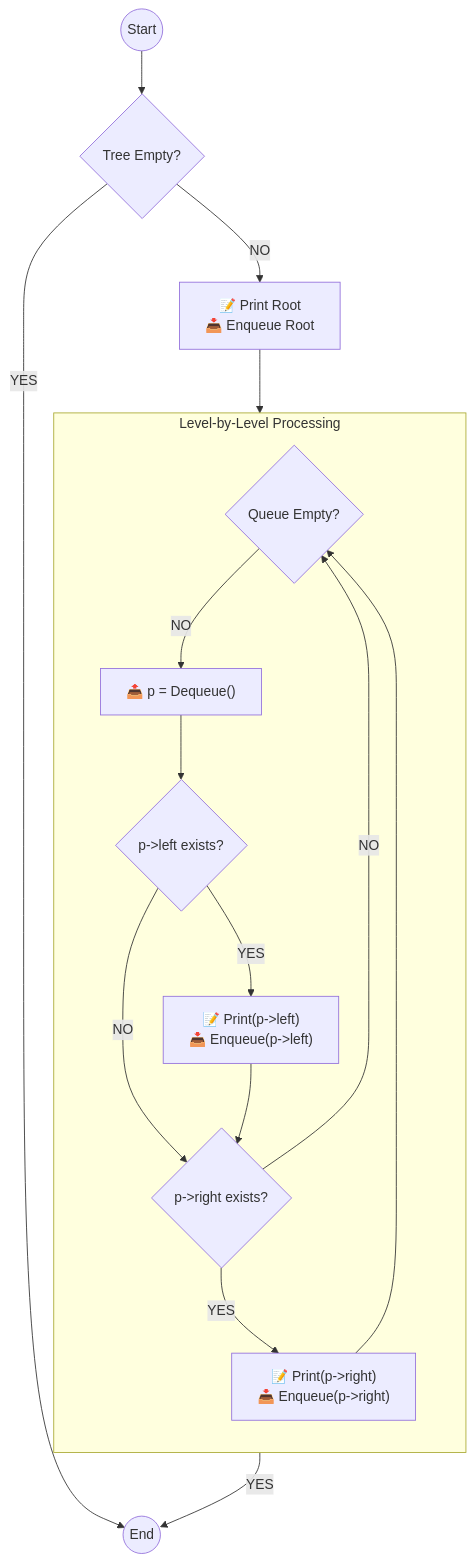
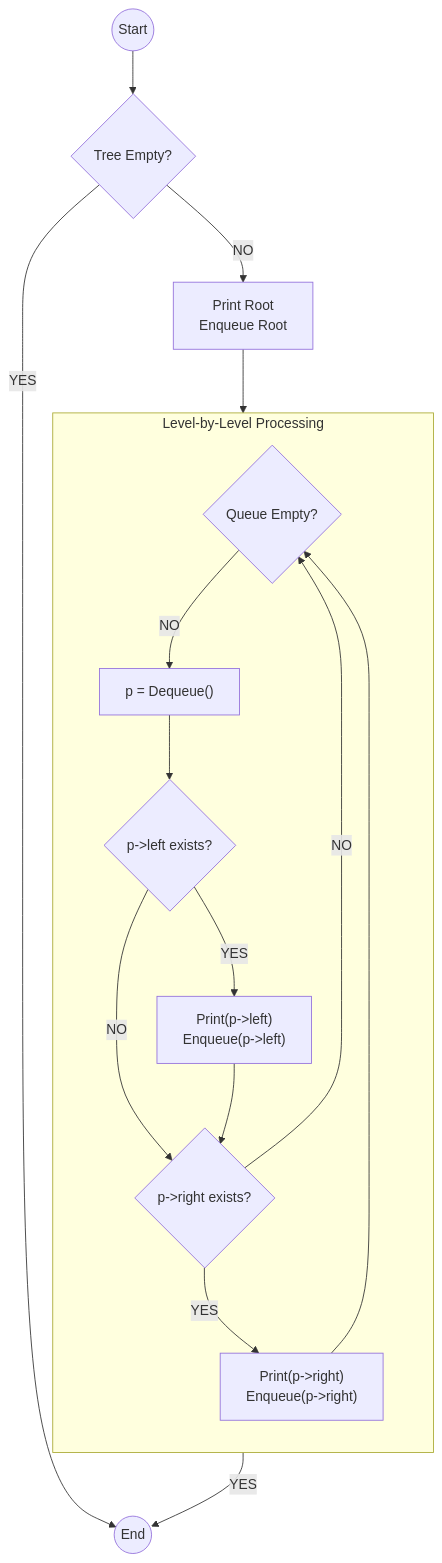
The fifth of 5 diagrams in README.md (HashimAbdulaziz/DataStructures_ITICourseLabs), drawn with Mermaid before and after one commit. The commit also changed other lines of this file, not shown here.

````diff
--- a/README.md
+++ b/README.md
@@ -418,22 +418,22 @@
 ```mermaid
 flowchart TD
     Start((Start)) --> CheckNull{Tree Empty?}
     CheckNull -- YES --> End((End))
-    CheckNull -- NO --> InitQueue["📝 Print Root<br/>📥 Enqueue Root"]
+    CheckNull -- NO --> InitQueue["Print Root<br/>Enqueue Root"]
     
     InitQueue --> LoopCheck{Queue Empty?}
     
     subgraph Processing ["Level-by-Level Processing"]
         direction TB
-        LoopCheck -- NO --> Dequeue["📤 p = Dequeue()"]
+        LoopCheck -- NO --> Dequeue["p = Dequeue()"]
         Dequeue --> CheckLeft{p->left exists?}
-        CheckLeft -- YES --> PrintLeft["📝 Print(p->left)<br/>📥 Enqueue(p->left)"]
+        CheckLeft -- YES --> PrintLeft["Print(p->left)<br/>Enqueue(p->left)"]
         CheckLeft -- NO --> CheckRight{p->right exists?}
         PrintLeft --> CheckRight
-        CheckRight -- YES --> PrintRight["📝 Print(p->right)<br/>📥 Enqueue(p->right)"]
+        CheckRight -- YES --> PrintRight["Print(p->right)<br/>Enqueue(p->right)"]
         CheckRight -- NO --> LoopCheck
         PrintRight --> LoopCheck
     end
     
     LoopCheck -- YES --> End
 ```
````
